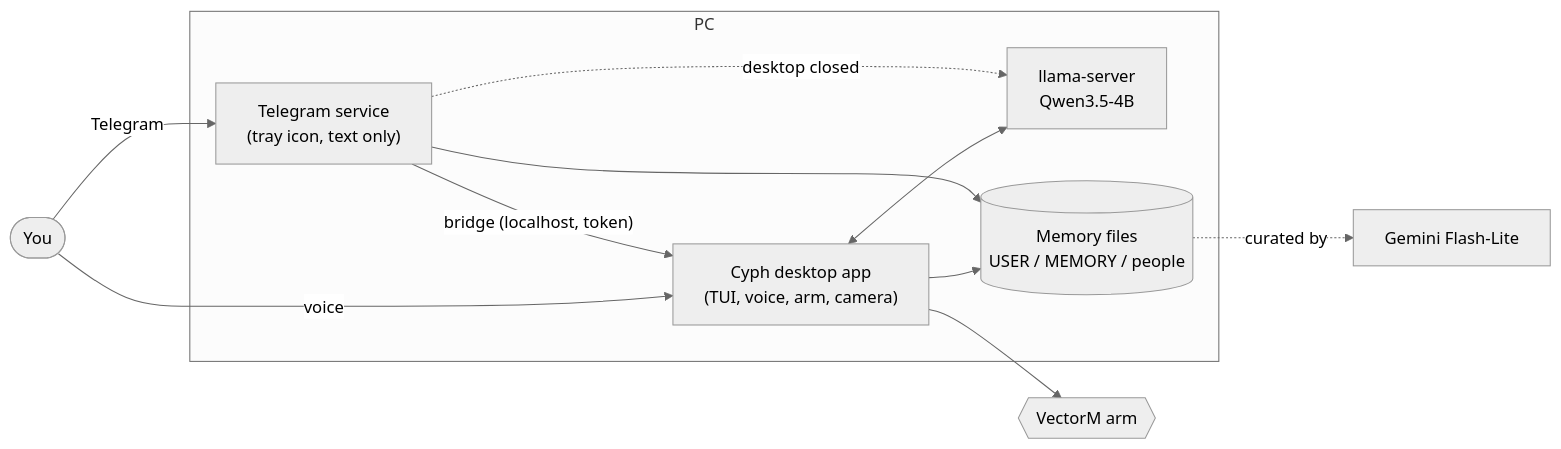
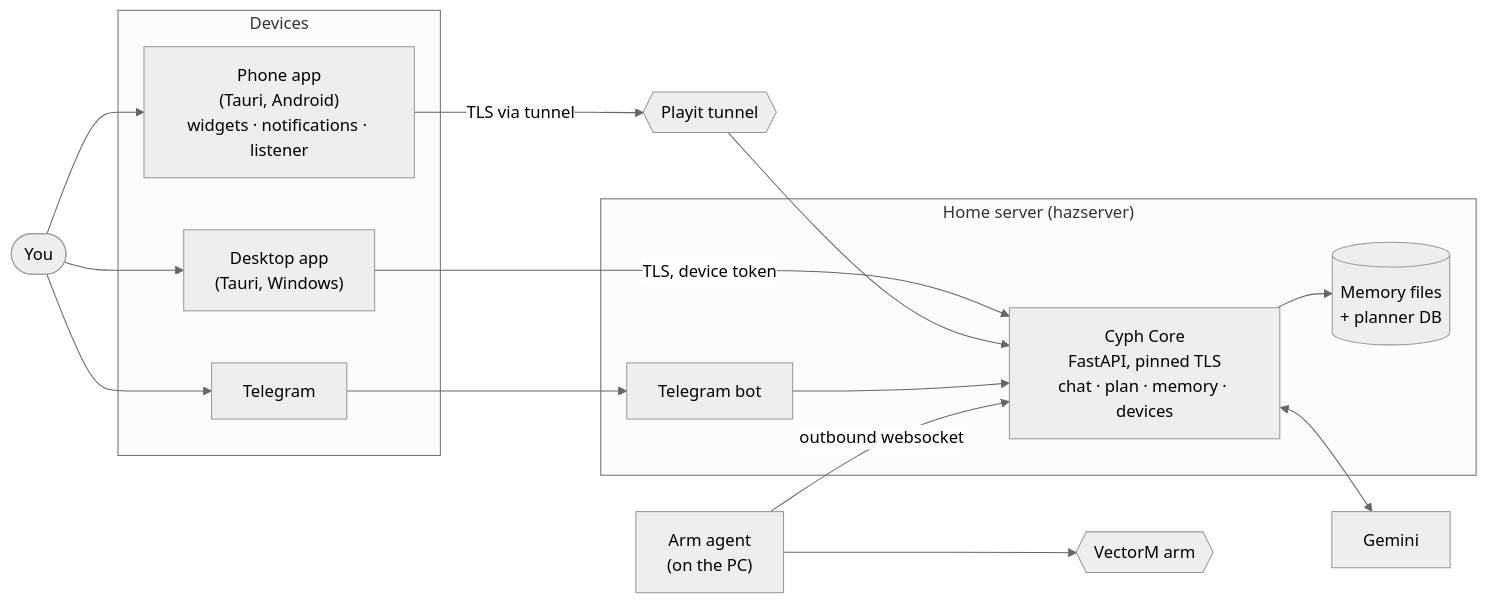
Before and after one commit to IRSPlays/Cyph: the diagram in README.md, drawn with Mermaid (neutral theme). The commit also changed other lines of this file and 338 other files, not shown here.

First line of the commit message:
Add Cyph Core server, desktop and Android apps, widgets and notifications

````diff
--- a/README.md
+++ b/README.md
@@ -54,18 +197,27 @@
 ```mermaid
 flowchart LR
-    You([You]) -- voice --> Desk
-    You -- Telegram --> Svc
-    subgraph PC
-      Desk["Cyph desktop app<br/>(TUI, voice, arm, camera)"]
-      Svc["Telegram service<br/>(tray icon, text only)"]
-      LLM["llama-server<br/>Qwen3.5-4B"]
-      Mem[("Memory files<br/>USER / MEMORY / people")]
+    You([You])
+    subgraph Devices
+      Desk["Desktop app<br/>(Tauri, Windows)"]
+      Phone["Phone app<br/>(Tauri, Android)<br/>widgets · notifications · listener"]
+      TG["Telegram"]
     end
-    Desk <--> LLM
-    Svc -- "bridge (localhost, token)" --> Desk
-    Svc -. "desktop closed" .-> LLM
-    Desk --> Mem
-    Svc --> Mem
-    Mem -. "curated by" .-> Gem["Gemini Flash-Lite"]
-    Desk --> Arm{{"VectorM arm"}}
+    subgraph Server["Home server (hazserver)"]
+      Core["Cyph Core<br/>FastAPI, pinned TLS<br/>chat · plan · memory · devices"]
+      Bot["Telegram bot"]
+      Mem[("Memory files<br/>+ planner DB")]
+    end
+    PlayIt{{"Playit tunnel"}}
+    Gem["Gemini"]
+    Agent["Arm agent<br/>(on the PC)"]
+    Arm{{"VectorM arm"}}
+
+    You --> Desk & Phone & TG
+    Desk -- "TLS, device token" --> Core
+    Phone -- "TLS via tunnel" --> PlayIt --> Core
+    TG --> Bot --> Core
+    Core --> Mem
+    Core <--> Gem
+    Agent -- "outbound websocket" --> Core
+    Agent --> Arm
 ```
````
